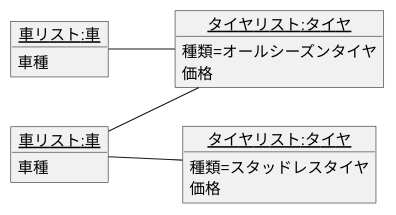
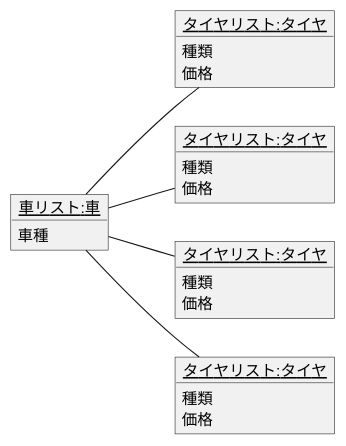
The diagram in 3章/演習3-4_オブジェクト図.pu (Sreia1129/uml-introduction), drawn with PlantUML before and after one commit.

Commit message:
3-4の直し

```diff
--- a/3章/演習3-4_オブジェクト図.pu
+++ b/3章/演習3-4_オブジェクト図.pu
@@ -1,24 +1,32 @@
 @startuml オブジェクト図
     left to right direction
     object "<u>車リスト:車</u>" as car1{
         車種
     }
 
-    object "<u>車リスト:車</u>" as car2{
-        車種
-    }
-
     object "<u>タイヤリスト:タイヤ</u>" as tire1{
-        種類=オールシーズンタイヤ
+        種類
         価格
     }
 
     object "<u>タイヤリスト:タイヤ</u>" as tire2{
-        種類=スタッドレスタイヤ
+        種類
         価格
     }
 
+    object "<u>タイヤリスト:タイヤ</u>" as tire3{
+        種類
+        価格
+    }
+
+    object "<u>タイヤリスト:タイヤ</u>" as tire4{
+        種類
+        価格
+    }
+
+
     car1 -- tire1
     car1 -- tire2
-    car2 -- tire1
+    car1 -- tire3
+    car1 -- tire4
 @enduml
```
